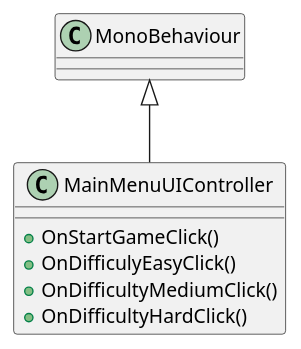
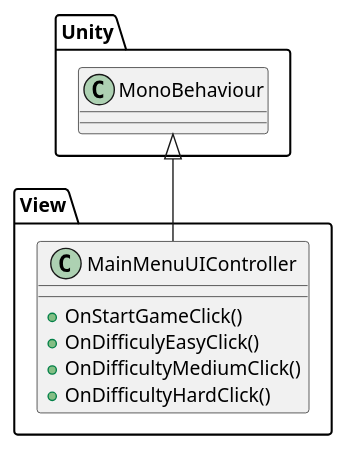
One commit to Peter-Balint/SafariGame changed the diagram in view/main-menu.plantuml. Above: the diagram before and after it, drawn with PlantUML. The commit also changed 9 other files, not shown here.

Commit message:
added namespaces to smaller diagrams for connections

```diff
--- a/view/main-menu.plantuml
+++ b/view/main-menu.plantuml
@@ -1,11 +1,11 @@
 @startuml
-class MainMenuUIController{
+class View.MainMenuUIController{
     +OnStartGameClick()
     +OnDifficulyEasyClick()
     +OnDifficultyMediumClick()
     +OnDifficultyHardClick()
 }
 
-    MonoBehaviour <|-- MainMenuUIController 
+    Unity.MonoBehaviour <|-- MainMenuUIController 
 
 @enduml
```
